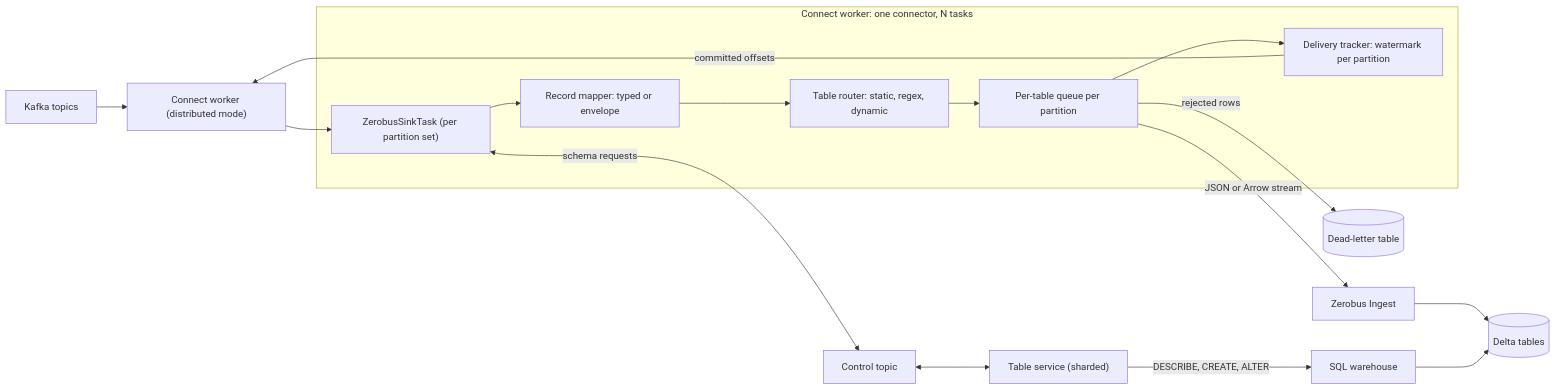
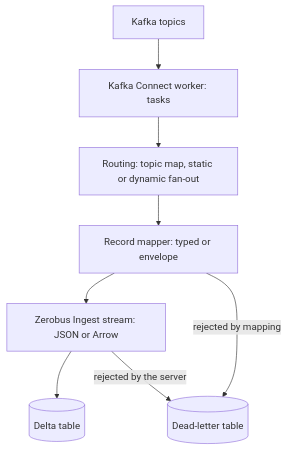
The first of 2 diagrams in example_clients/kafka_connect_zerobus/README.md (databricks-solutions/zerobus-ingest-examples), drawn with Mermaid before and after one commit. The commit also changed other lines of this file, not shown here.

First line of the commit message:
kafka_connect_zerobus README: envelope table schema, vertical diagrams, control topic walkthrough

````diff
--- a/example_clients/kafka_connect_zerobus/README.md
+++ b/example_clients/kafka_connect_zerobus/README.md
@@ -224,21 +14,10 @@
 ```mermaid
-flowchart LR
-    K["Kafka topics"] --> W["Connect worker (distributed mode)"]
-    subgraph Worker["Connect worker: one connector, N tasks"]
-        T["ZerobusSinkTask (per partition set)"]
-        M["Record mapper: typed or envelope"]
-        R["Table router: static, regex, dynamic"]
-        Q["Per-table queue per partition"]
-        A["Delivery tracker: watermark per partition"]
-        T --> M --> R --> Q --> A
-    end
-    W --> T
-    Q -->|"JSON or Arrow stream"| Z["Zerobus Ingest"]
-    Z --> D[("Delta tables")]
-    Q -->|"rejected rows"| DLQ[("Dead-letter table")]
-    T <-->|"schema requests"| C["Control topic"]
-    C <--> TS["Table service (sharded)"]
-    TS -->|"DESCRIBE, CREATE, ALTER"| SQL["SQL warehouse"]
-    SQL --> D
-    A -->|"committed offsets"| W
+flowchart TD
+    K["Kafka topics"] --> W["Kafka Connect worker: tasks"]
+    W --> R["Routing: topic map, static or dynamic fan-out"]
+    R --> M["Record mapper: typed or envelope"]
+    M --> S["Zerobus Ingest stream: JSON or Arrow"]
+    S --> D[("Delta table")]
+    M -->|"rejected by mapping"| L[("Dead-letter table")]
+    S -->|"rejected by the server"| L
 ```
````
